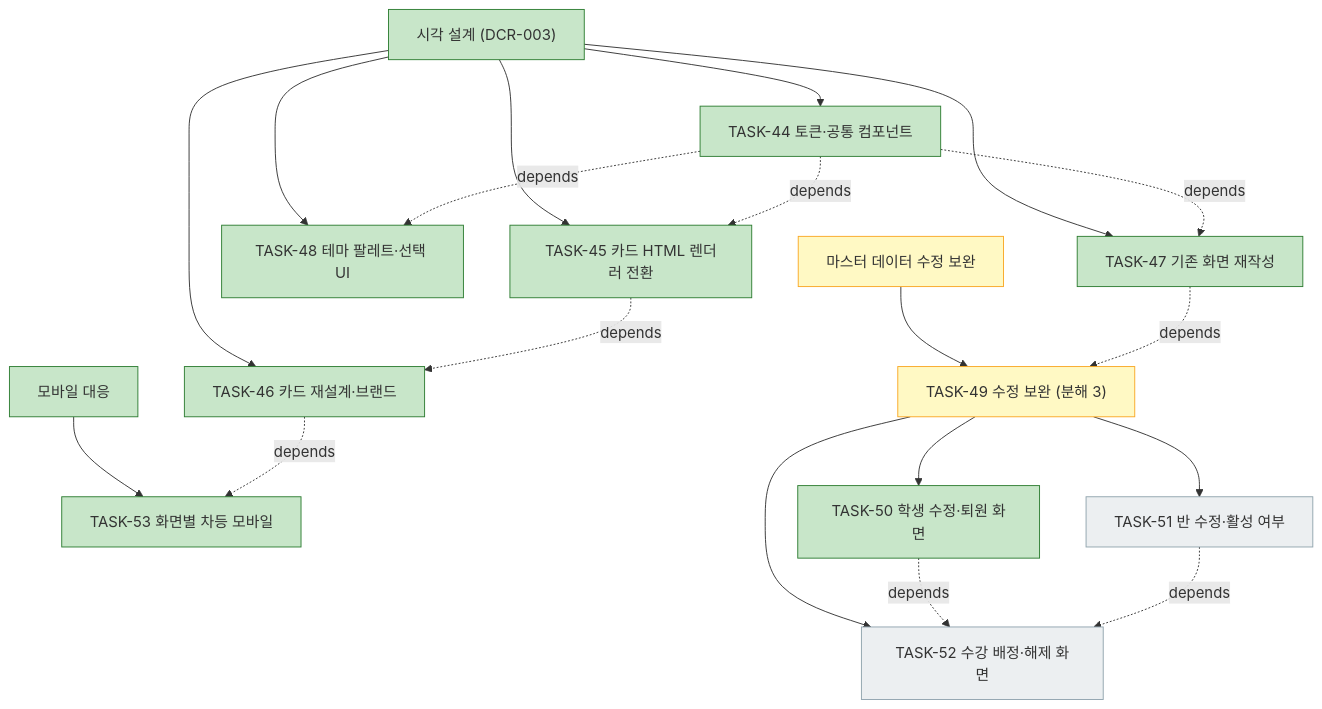
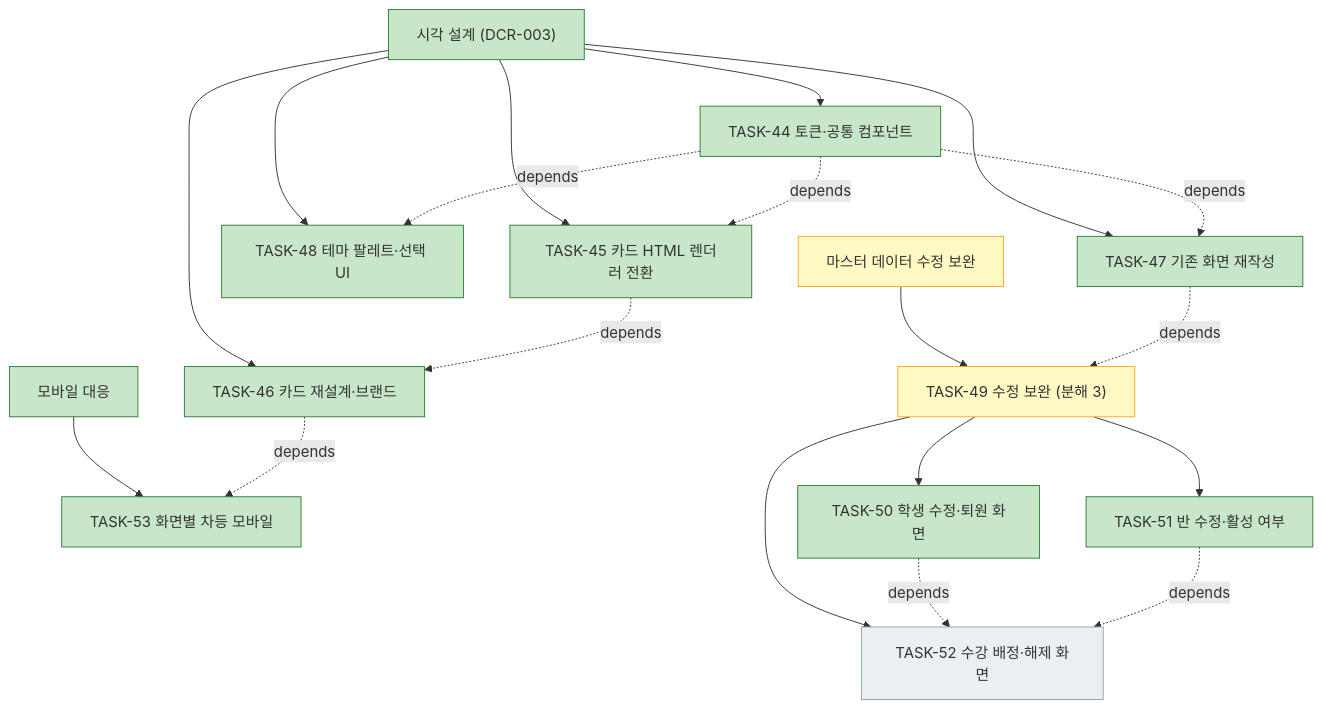
Before and after one commit to bluesky5008/mathdesk: the fourth of 4 diagrams in docs/plan.md, drawn with Mermaid. The commit also changed other lines of this file and 9 other files, not shown here.

````diff
--- a/docs/plan.md
+++ b/docs/plan.md
@@ -223,27 +223,27 @@
 ```mermaid
 flowchart TD
     V["시각 설계 (DCR-003)"]:::done
     V --> T44["TASK-44 토큰·공통 컴포넌트"]:::done
     V --> T47["TASK-47 기존 화면 재작성"]:::done
     V --> T48["TASK-48 테마 팔레트·선택 UI"]:::done
     V --> T45["TASK-45 카드 HTML 렌더러 전환"]:::done
     V --> T46["TASK-46 카드 재설계·브랜드"]:::done
     MO["모바일 대응"]:::done
     MO --> T53["TASK-53 화면별 차등 모바일"]:::done
     T46 -. depends .-> T53
     M["마스터 데이터 수정 보완"]:::active
     M --> T49["TASK-49 수정 보완 (분해 3)"]:::active
     T49 --> T50["TASK-50 학생 수정·퇴원 화면"]:::done
-    T49 --> T51["TASK-51 반 수정·활성 여부"]:::todo
+    T49 --> T51["TASK-51 반 수정·활성 여부"]:::done
     T49 --> T52["TASK-52 수강 배정·해제 화면"]:::todo
     T44 -. depends .-> T47
     T44 -. depends .-> T48
     T44 -. depends .-> T45
     T45 -. depends .-> T46
     T47 -. depends .-> T49
     T50 -. depends .-> T52
     T51 -. depends .-> T52
     classDef done fill:#c8e6c9,stroke:#2e7d32
     classDef active fill:#fff9c4,stroke:#f9a825
     classDef todo fill:#eceff1,stroke:#90a4ae
 ```
````
